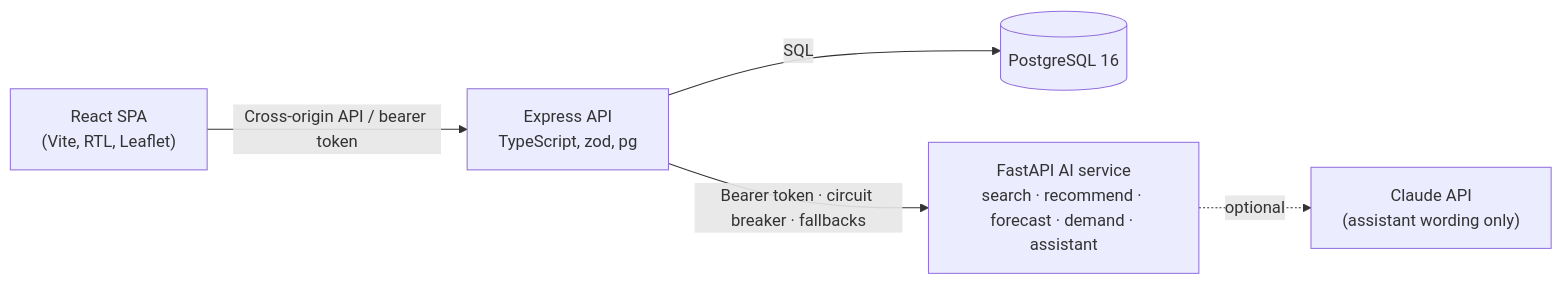
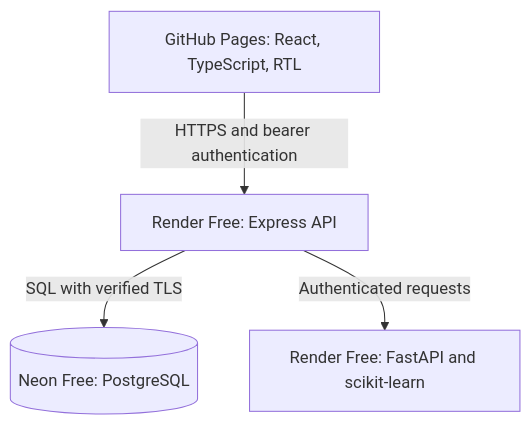
One commit to youmnaeidh/EventBoard changed the diagram in README.md. Above: the diagram before and after it, drawn with Mermaid. The commit also changed other lines of this file and 3 other files, not shown here.

Commit message:
docs: record verified free deployments and Pages cutover gate [skip ci]

````diff
--- a/README.md
+++ b/README.md
@@ -46,7 +48,6 @@
 ```mermaid
-flowchart LR
-  Browser["React SPA<br/>(Vite, RTL, Leaflet)"] -- "Cross-origin API / bearer token" --> API["Express API<br/>TypeScript, zod, pg"]
-  API -- SQL --> PG[("PostgreSQL 16")]
-  API -- "Bearer token · circuit breaker · fallbacks" --> AI["FastAPI AI service<br/>search · recommend · forecast · demand · assistant"]
-  AI -. optional .-> LLM["Claude API<br/>(assistant wording only)"]
+flowchart TD
+  Browser["GitHub Pages: React, TypeScript, RTL"] -- "HTTPS and bearer authentication" --> API["Render Free: Express API"]
+  API -- "SQL with verified TLS" --> PG[("Neon Free: PostgreSQL")]
+  API -- "Authenticated requests" --> AI["Render Free: FastAPI and scikit-learn"]
 ```
````
